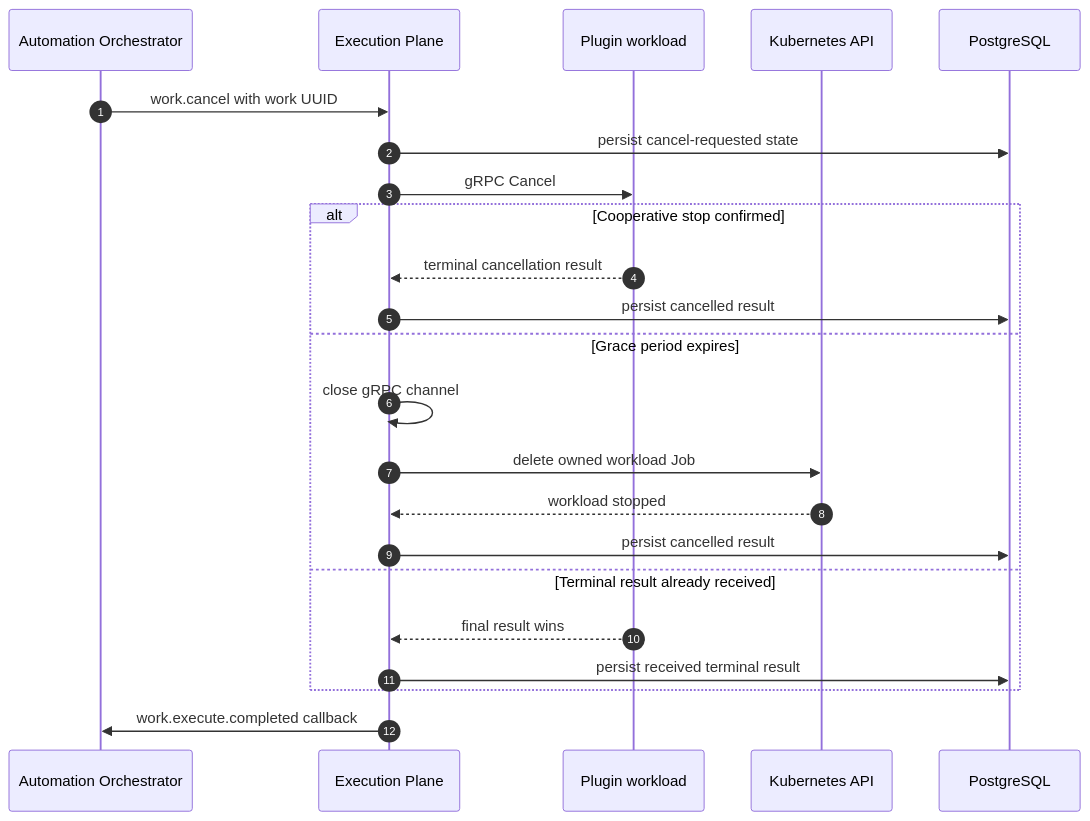
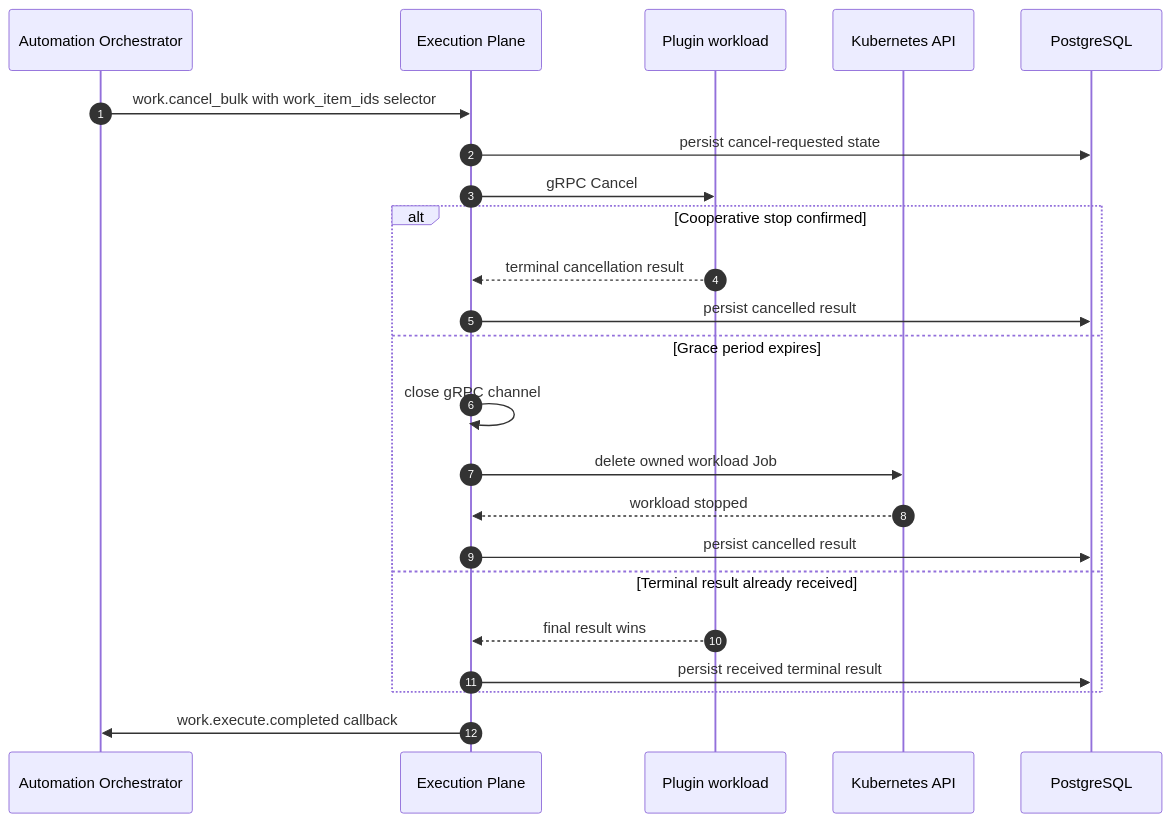
One commit to syntara-orchestration/syntara-execution-plane changed the seventh of 10 diagrams in docs/architecture.md. Above: the diagram before and after it, drawn with Mermaid. The commit also changed other lines of this file and 20 other files, not shown here.

First line of the commit message:
feat!: remove single-item work control commands

````diff
--- a/docs/architecture.md
+++ b/docs/architecture.md
@@ -240,26 +240,26 @@
 ```mermaid
 sequenceDiagram
     autonumber
     participant AO as Automation Orchestrator
     participant EP as Execution Plane
     participant Workload as Plugin workload
     participant Kube as Kubernetes API
     participant DB as PostgreSQL
 
-    AO->>EP: work.cancel with work UUID
+    AO->>EP: work.cancel_bulk with work_item_ids selector
     EP->>DB: persist cancel-requested state
     EP->>Workload: gRPC Cancel
     alt Cooperative stop confirmed
         Workload-->>EP: terminal cancellation result
         EP->>DB: persist cancelled result
     else Grace period expires
         EP->>EP: close gRPC channel
         EP->>Kube: delete owned workload Job
         Kube-->>EP: workload stopped
         EP->>DB: persist cancelled result
     else Terminal result already received
         Workload-->>EP: final result wins
         EP->>DB: persist received terminal result
     end
     EP->>AO: work.execute.completed callback
 ```
````
